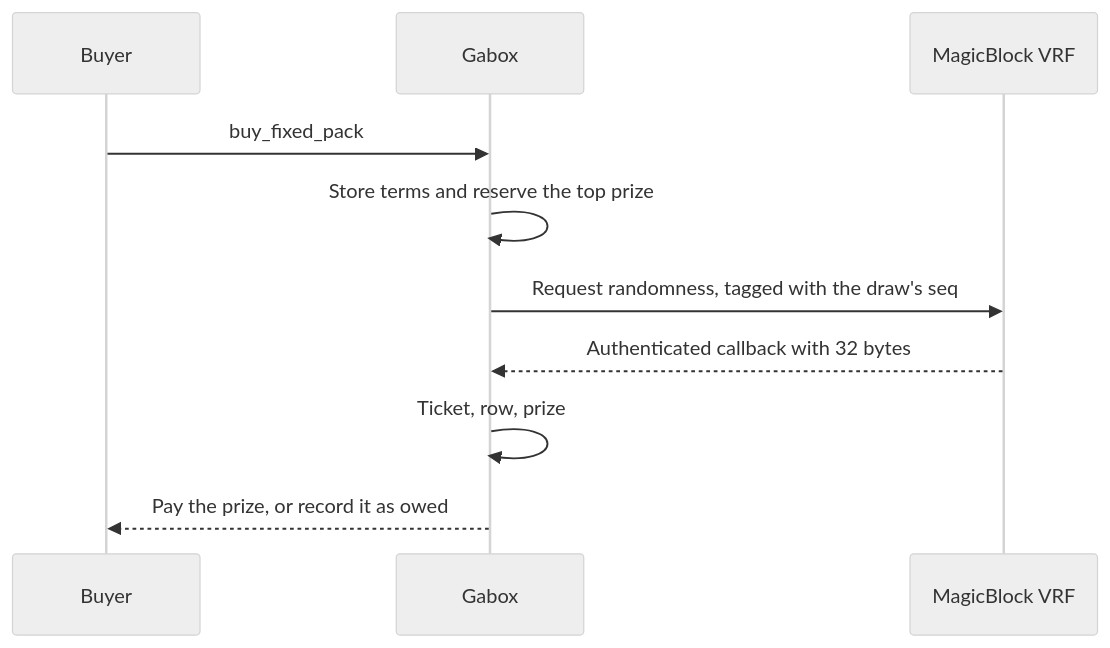
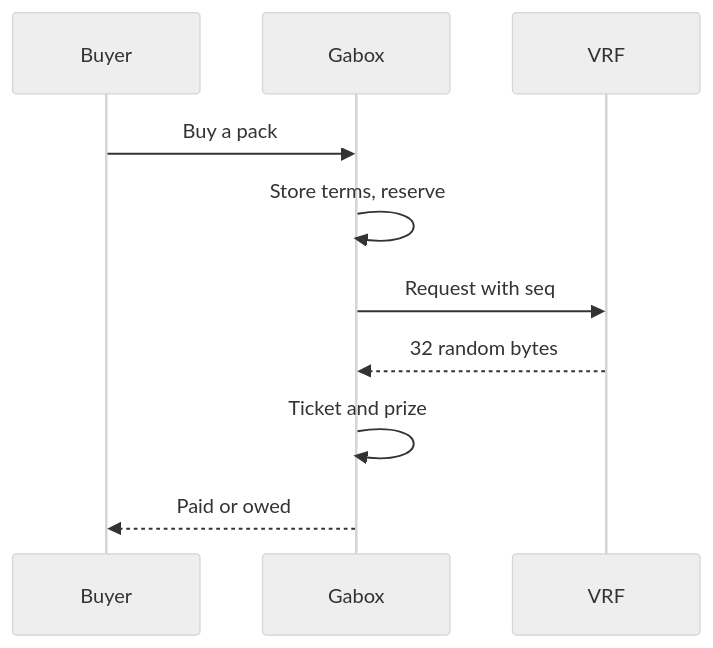
One commit to gabox-labs/docs changed the diagram in provable-fairness.mdx. Above: the diagram before and after it, drawn with Mermaid (neutral theme). The commit also changed 20 other files, not shown here.

First line of the commit message:
Fix dollar rendering, simplify diagrams, and trim security detail

````diff
--- a/provable-fairness.mdx
+++ b/provable-fairness.mdx
@@ -9,12 +9,12 @@
 ```mermaid
 sequenceDiagram
-  participant Buyer
-  participant Gabox
-  participant VRF as MagicBlock VRF
-  Buyer->>Gabox: buy_fixed_pack
-  Gabox->>Gabox: Store terms and reserve the top prize
-  Gabox->>VRF: Request randomness, tagged with the draw's seq
-  VRF-->>Gabox: Authenticated callback with 32 bytes
-  Gabox->>Gabox: Ticket, row, prize
-  Gabox-->>Buyer: Pay the prize, or record it as owed
+ participant B as Buyer
+ participant G as Gabox
+ participant V as VRF
+ B->>G: Buy a pack
+ G->>G: Store terms, reserve
+ G->>V: Request with seq
+ V-->>G: 32 random bytes
+ G->>G: Ticket and prize
+ G-->>B: Paid or owed
 ```
````
